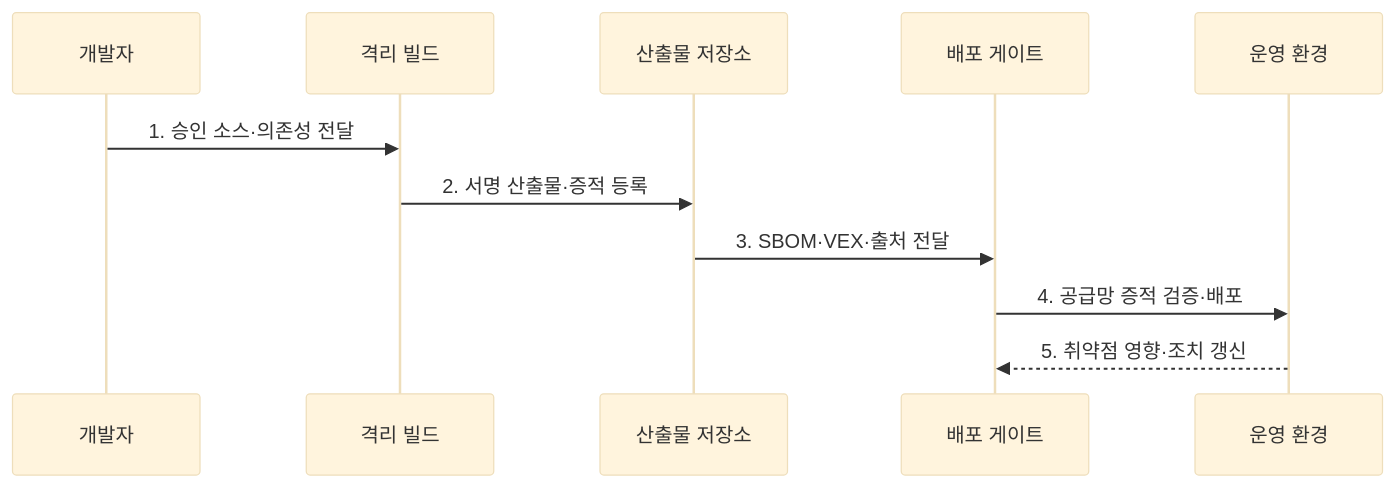
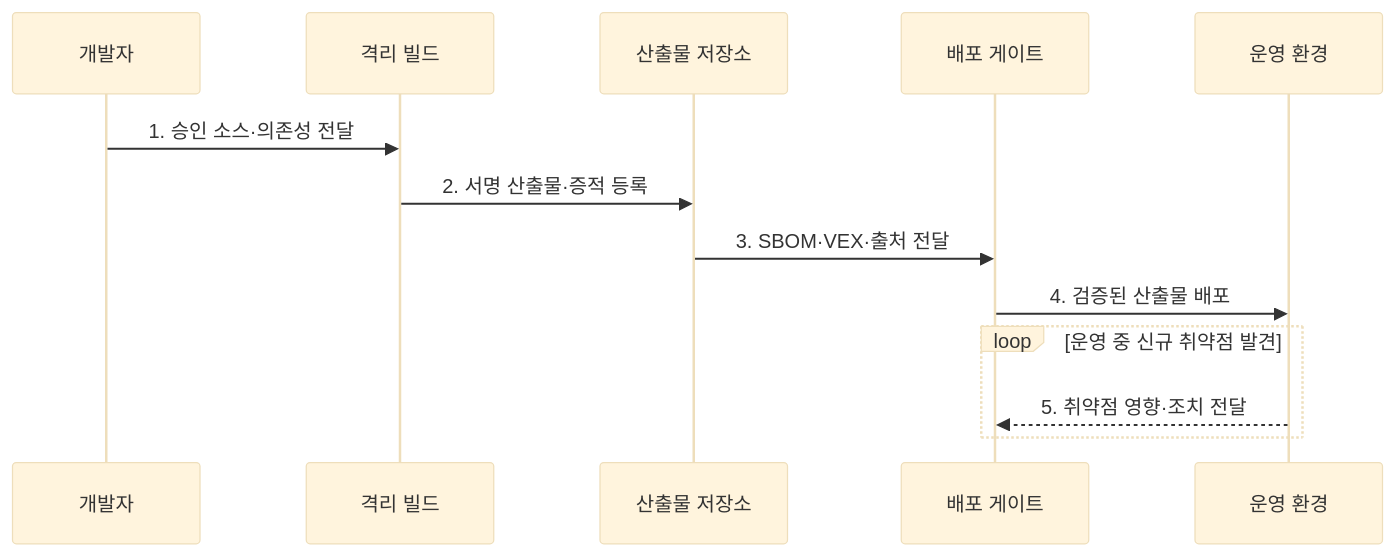
Before and after one commit to agnusdei1207/knowledge-base: the second of 2 diagrams in src/content/docs/notes/05-security/076_supply_chain_security_sbom_vex.md, drawn with Mermaid (base theme). The commit also changed other lines of this file and 20 other files, not shown here.

````diff
--- a/src/content/docs/notes/05-security/076_supply_chain_security_sbom_vex.md
+++ b/src/content/docs/notes/05-security/076_supply_chain_security_sbom_vex.md
@@ -87,13 +89,15 @@
 ```mermaid
 sequenceDiagram
     participant D as 개발자
     participant B as 격리 빌드
     participant R as 산출물 저장소
     participant G as 배포 게이트
     participant O as 운영 환경
     D->>B: 1. 승인 소스·의존성 전달
     B->>R: 2. 서명 산출물·증적 등록
     R->>G: 3. SBOM·VEX·출처 전달
-    G->>O: 4. 공급망 증적 검증·배포
-    O-->>G: 5. 취약점 영향·조치 갱신
+    G->>O: 4. 검증된 산출물 배포
+    loop 운영 중 신규 취약점 발견
+        O-->>G: 5. 취약점 영향·조치 전달
+    end
 ```
````
